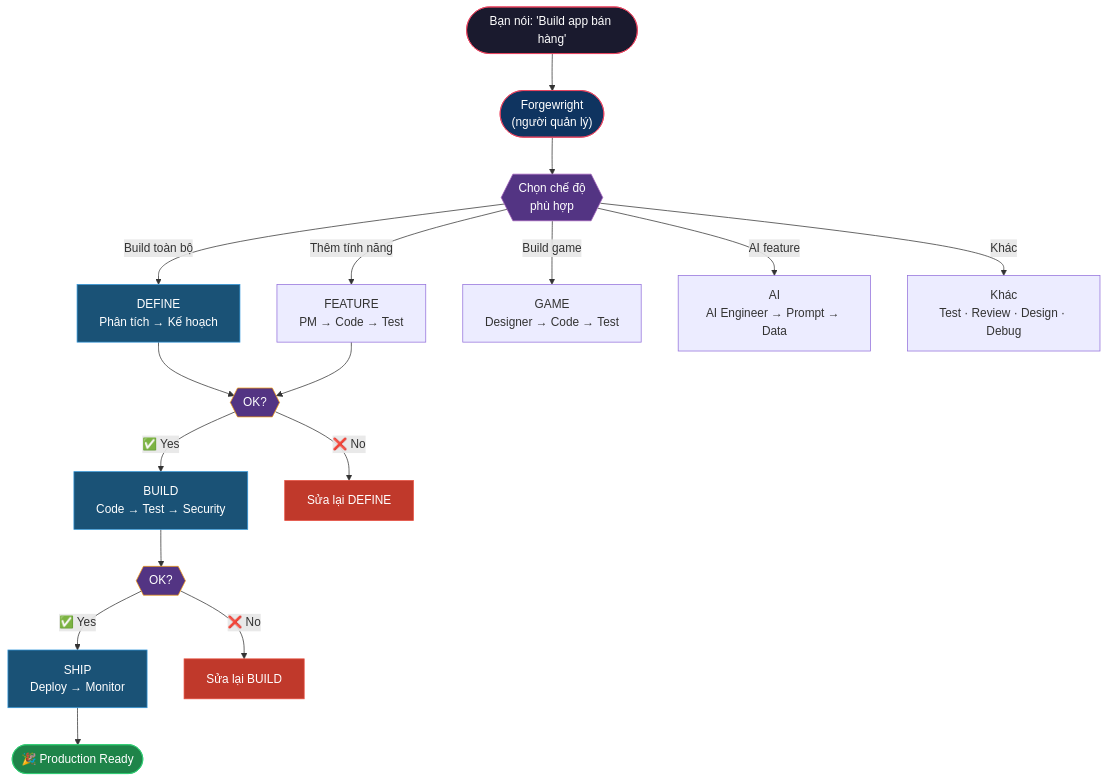
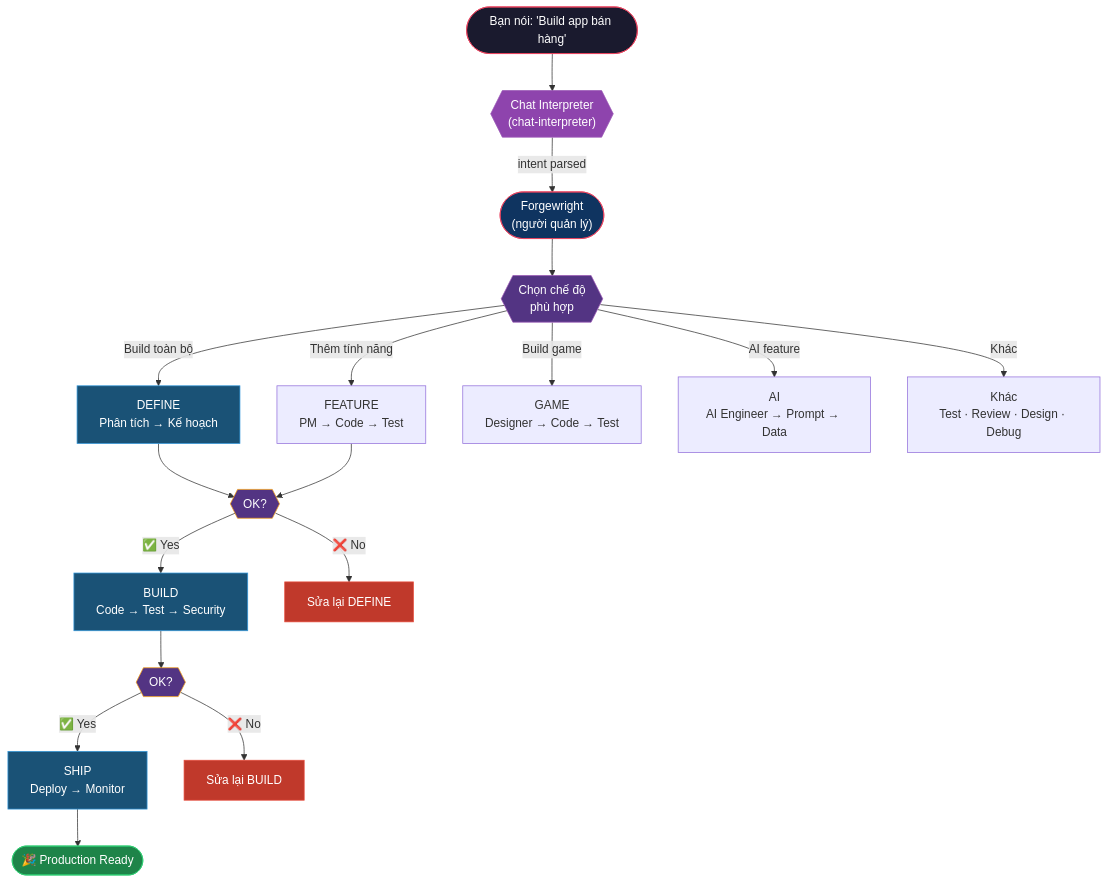
Before and after one commit to buiphucminhtam/forgewright: the third of 15 diagrams in README.vi.md, drawn with Mermaid. The commit also changed other lines of this file and 6 other files, not shown here.

````diff
--- a/README.vi.md
+++ b/README.vi.md
@@ -164,36 +164,39 @@
 ```mermaid
 flowchart TD
     START(["Bạn nói: 'Build app bán hàng'"])
+    CHAT_INT{{"Chat Interpreter<br/>(chat-interpreter)"}}
     ORCH(["Forgewright<br/>(người quản lý)"])
+
+    START --> CHAT_INT
+    CHAT_INT --> |"intent parsed"| ORCH
 
     ORCH --> MODE{{"Chọn chế độ<br/>phù hợp"}}
 
     MODE --> |"Build toàn bộ"| DEFINE["DEFINE<br/>Phân tích → Kế hoạch"]
     MODE --> |"Thêm tính năng"| FEATURE["FEATURE<br/>PM → Code → Test"]
     MODE --> |"Build game"| GAME["GAME<br/>Designer → Code → Test"]
     MODE --> |"AI feature"| AI["AI<br/>AI Engineer → Prompt → Data"]
     MODE --> |"Khác"| OTHER["Khác<br/>Test · Review · Design · Debug"]
 
     DEFINE --> GATE1{{"OK?"}}
     FEATURE --> GATE1
     GATE1 --> |"✅ Yes"| BUILD["BUILD<br/>Code → Test → Security"]
     GATE1 --> |"❌ No"| REV1["Sửa lại DEFINE"]
     BUILD --> GATE2{{"OK?"}}
     GATE2 --> |"✅ Yes"| SHIP["SHIP<br/>Deploy → Monitor"]
     GATE2 --> |"❌ No"| REV2["Sửa lại BUILD"]
     SHIP --> END(["🎉 Production Ready"])
 
-    START --> ORCH
-
     style START fill:#1a1a2e,stroke:#e94560,color:#fff
+    style CHAT_INT fill:#8e44ad,stroke:#9b59b6,color:#fff
     style ORCH fill:#0f3460,stroke:#e94560,color:#fff
     style MODE fill:#533483,stroke:#9b59b6,color:#fff
     style GATE1 fill:#533483,stroke:#f39c12,color:#fff
     style GATE2 fill:#533483,stroke:#f39c12,color:#fff
     style END fill:#1e8449,stroke:#2ecc71,color:#fff
     style REV1 fill:#c0392b,stroke:#e74c3c,color:#fff
     style REV2 fill:#c0392b,stroke:#e74c3c,color:#fff
     style DEFINE fill:#1a5276,stroke:#3498db,color:#fff
     style BUILD fill:#1a5276,stroke:#3498db,color:#fff
     style SHIP fill:#1a5276,stroke:#3498db,color:#fff
 ```
````
